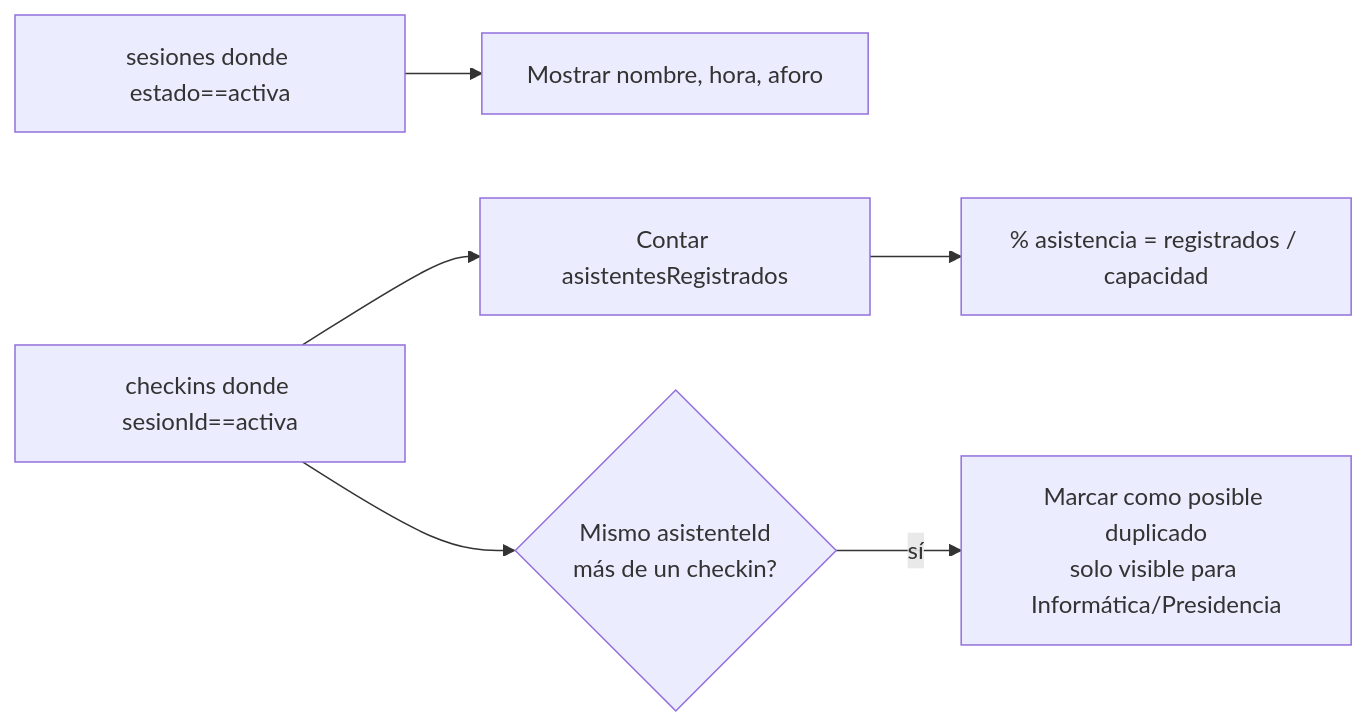
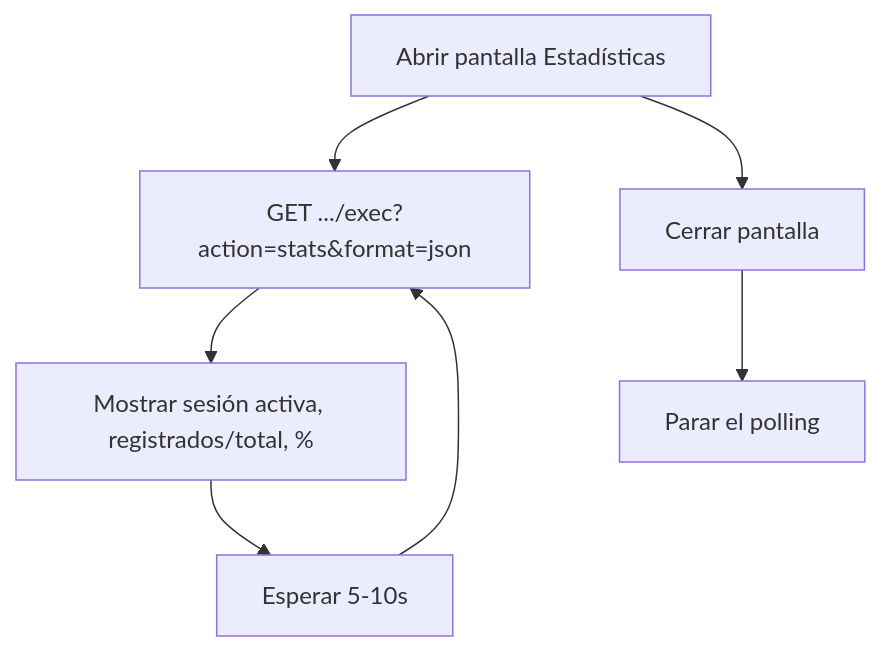
Before and after one commit to paulans17/AJ-app: the fourth of 5 diagrams in docs/FLOWS.md, drawn with Mermaid. The commit also changed other lines of this file and 9 other files, not shown here.

````diff
--- a/docs/FLOWS.md
+++ b/docs/FLOWS.md
@@ -90,8 +83,9 @@
 ```mermaid
-flowchart LR
-    A[sesiones donde estado==activa] --> B[Mostrar nombre, hora, aforo]
-    C[checkins donde sesionId==activa] --> D[Contar asistentesRegistrados]
-    D --> E[% asistencia = registrados / capacidad]
-    C --> F{Mismo asistenteId<br/>más de un checkin?}
-    F -- sí --> G[Marcar como posible duplicado<br/>solo visible para Informática/Presidencia]
+flowchart TD
+    A[Abrir pantalla Estadísticas] --> B[GET .../exec?action=stats&format=json]
+    B --> C[Mostrar sesión activa, registrados/total, %]
+    C --> D[Esperar 5-10s]
+    D --> B
+    A --> E[Cerrar pantalla]
+    E --> F[Parar el polling]
 ```
````
